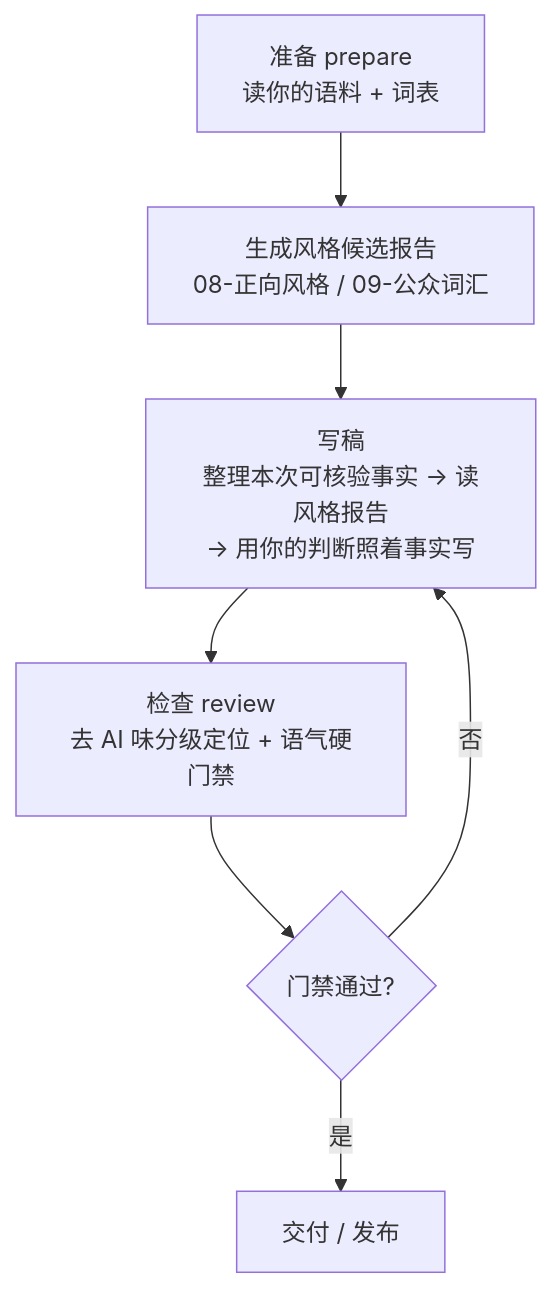
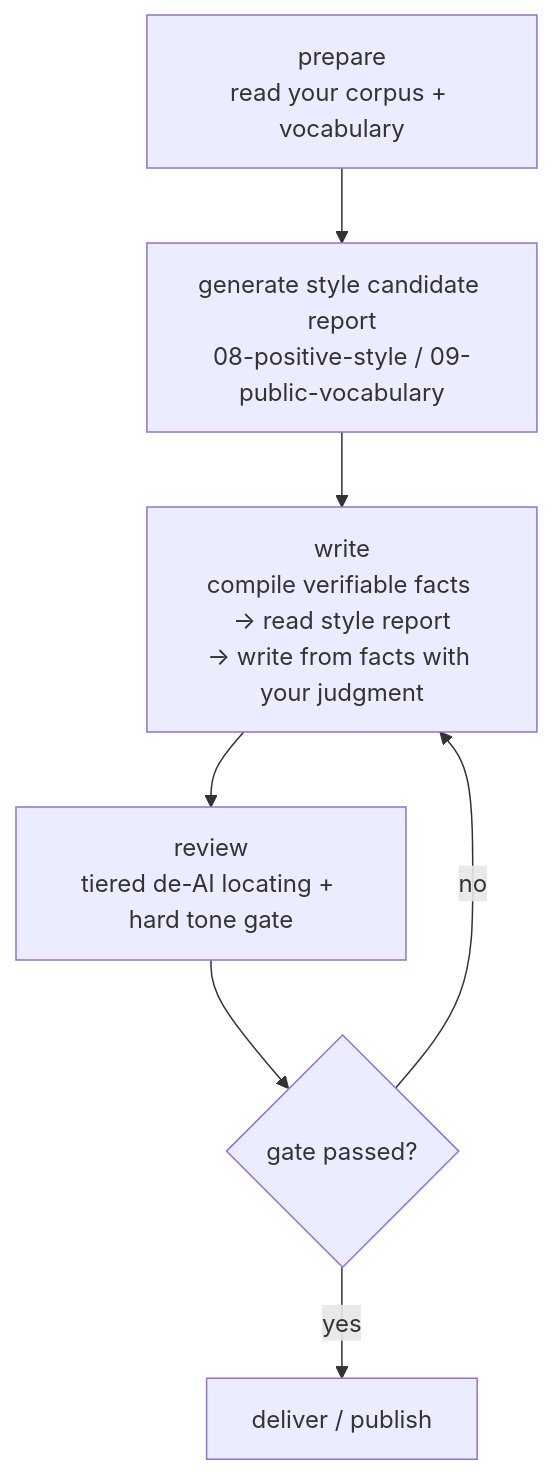
Before and after one commit to xsoway/article-style-approach: the diagram in README.md, drawn with Mermaid. The commit also changed other lines of this file and 3 other files, not shown here.

````diff
--- a/README.md
+++ b/README.md
@@ -55,9 +78,9 @@
 ```mermaid
 flowchart TD
-    A["准备 prepare<br/>读你的语料 + 词表"] --> B["生成风格候选报告<br/>08-正向风格 / 09-公众词汇"]
-    B --> C["写稿<br/>整理本次可核验事实 → 读风格报告<br/>→ 用你的判断照着事实写"]
-    C --> D["检查 review<br/>去 AI 味分级定位 + 语气硬门禁"]
-    D --> E{门禁通过?}
-    E -- 否 --> C
-    E -- 是 --> F["交付 / 发布"]
+    A["prepare<br/>read your corpus + vocabulary"] --> B["generate style candidate report<br/>08-positive-style / 09-public-vocabulary"]
+    B --> C["write<br/>compile verifiable facts → read style report<br/>→ write from facts with your judgment"]
+    C --> D["review<br/>tiered de-AI locating + hard tone gate"]
+    D --> E{gate passed?}
+    E -- no --> C
+    E -- yes --> F["deliver / publish"]
 ```
````
